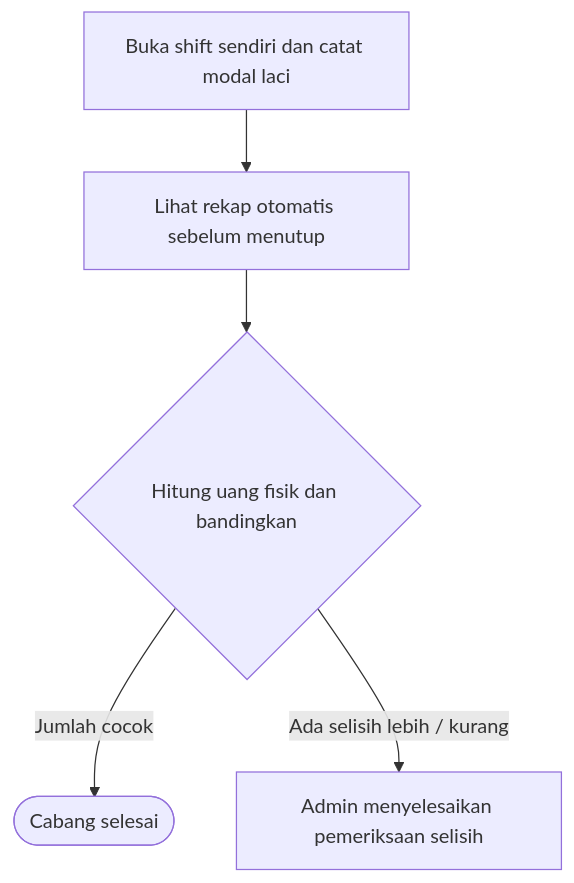
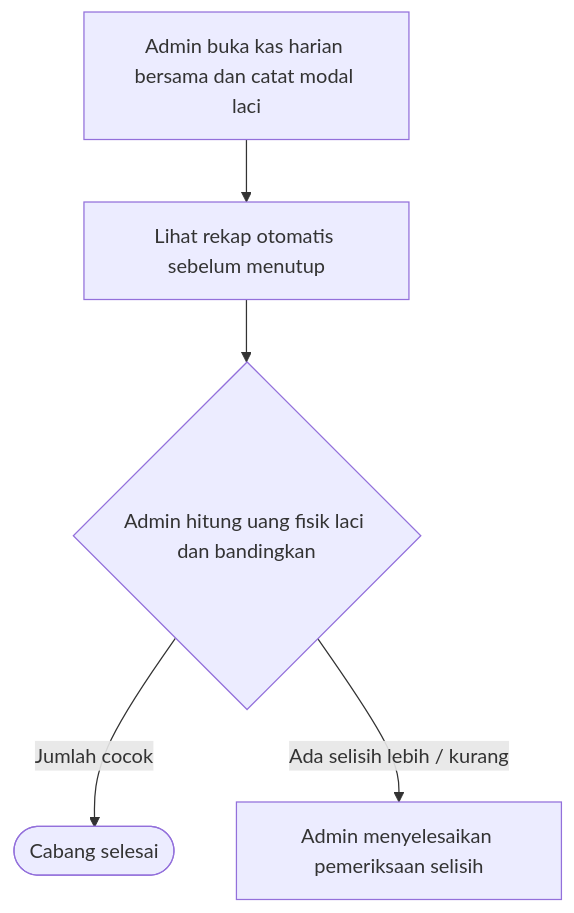
The sixth of 10 diagrams in docx/DIAGRAM.md (Bagas10k/kasir-bangunan), drawn with Mermaid before and after one commit. The commit also changed other lines of this file and 52 other files, not shown here.

````diff
--- a/docx/DIAGRAM.md
+++ b/docx/DIAGRAM.md
@@ -157,12 +157,12 @@
 ```mermaid
 flowchart TD
-    n0["Buka shift sendiri dan catat modal laci"]
+    n0["Admin buka kas harian bersama dan catat modal laci"]
     n1["Lihat rekap otomatis sebelum menutup"]
-    n2{"Hitung uang fisik dan bandingkan"}
+    n2{"Admin hitung uang fisik laci dan bandingkan"}
     n3["Admin menyelesaikan pemeriksaan selisih"]
     n0 --> n1
     n1 --> n2
     end0(["Cabang selesai"])
     n2 -->|"Jumlah cocok"| end0
     n2 -->|"Ada selisih lebih / kurang"| n3
 ```
````
